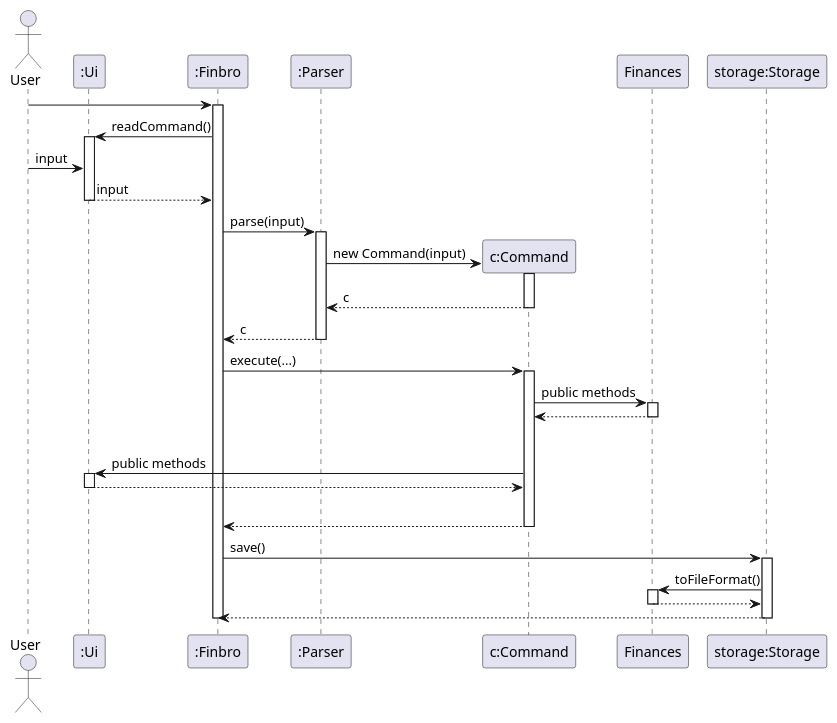
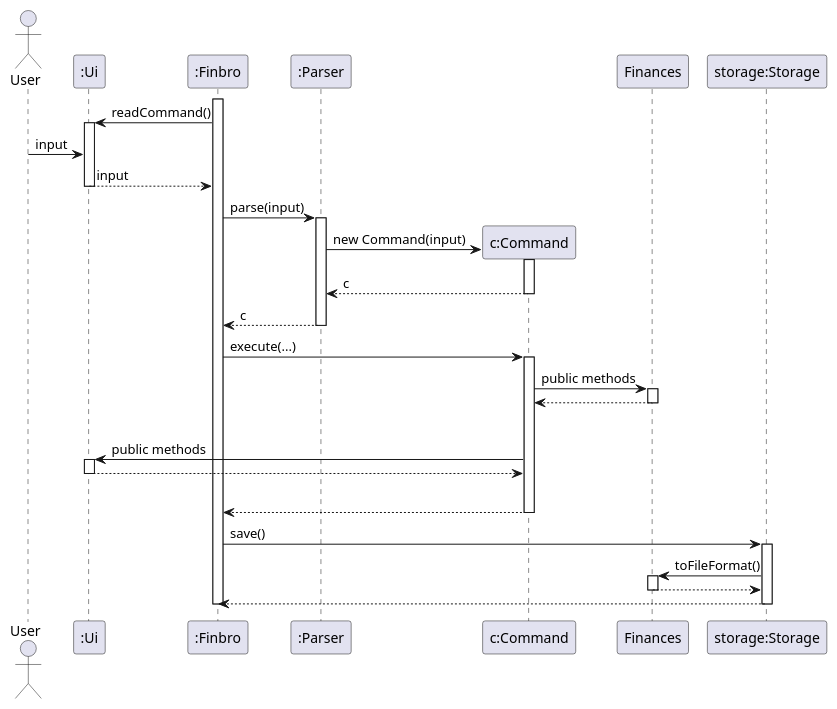
The diagram in docs/UML_diagrams/ArchitectureInteraction.puml (zihaoalt/tp), drawn with PlantUML before and after one commit. The commit also changed 2 other files, not shown here.

Commit message:
Update architecture interaction UML

```diff
--- a/docs/UML_diagrams/ArchitectureInteraction.puml
+++ b/docs/UML_diagrams/ArchitectureInteraction.puml
@@ -1,43 +1,43 @@
 @startuml ArchitectureInteraction
 'https://plantuml.com/sequence-diagram
 
 actor User as user
 participant ":Ui" as ui
 participant ":Finbro" as finbro
 participant ":Parser" as parser
 
 
-user-> finbro ++
+activate finbro
 
 finbro -> ui ++ : readCommand()
 user -> ui : input
 ui --> finbro -- : input
 
 finbro -> parser++: parse(input)
 create "c:Command" as command
 parser -> command++: new Command(input)
 return c
 return c
 
 
 participant Finances as finances
 participant "storage:Storage" as storage
 
 finbro -> command++: execute(...)
 command -> finances++: public methods
 return
 |||
 command -> ui++: public methods
 return
 
 |||
 return
 
 finbro -> storage++: save()
 storage -> finances++: toFileFormat()
 return
 return
 
 deactivate finbro
 
 @enduml
```
